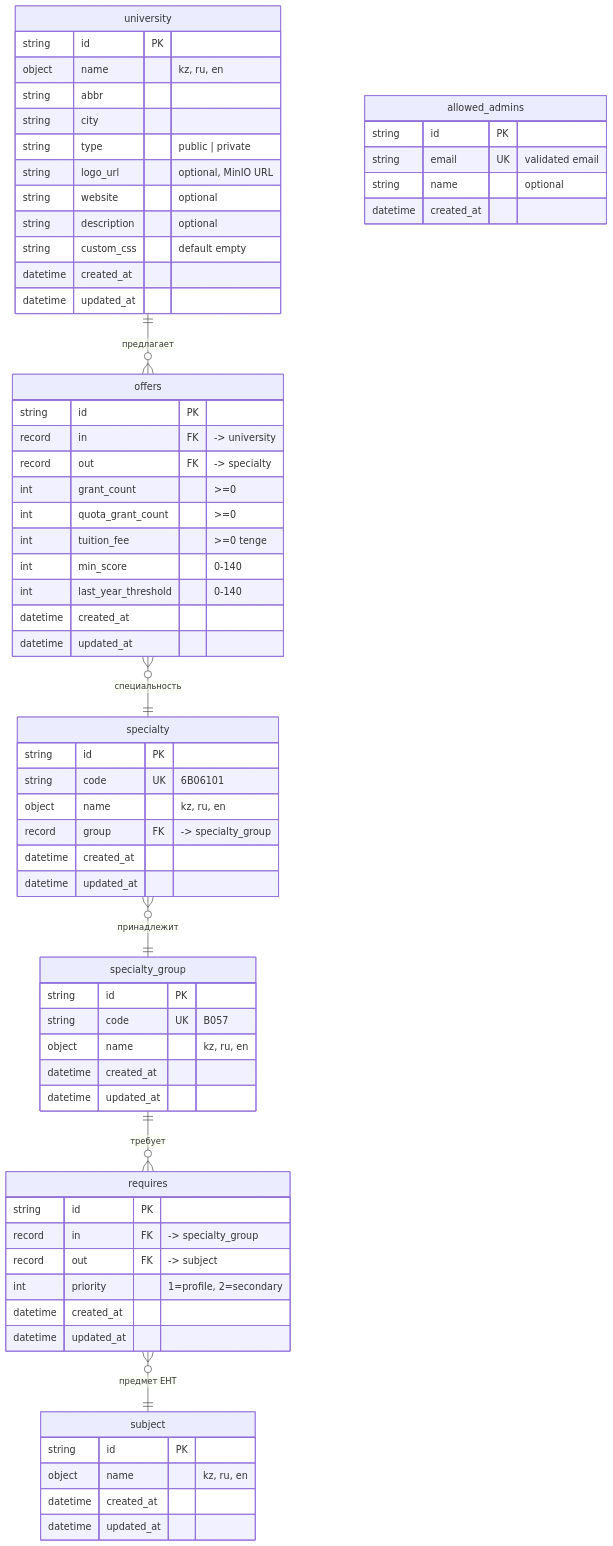
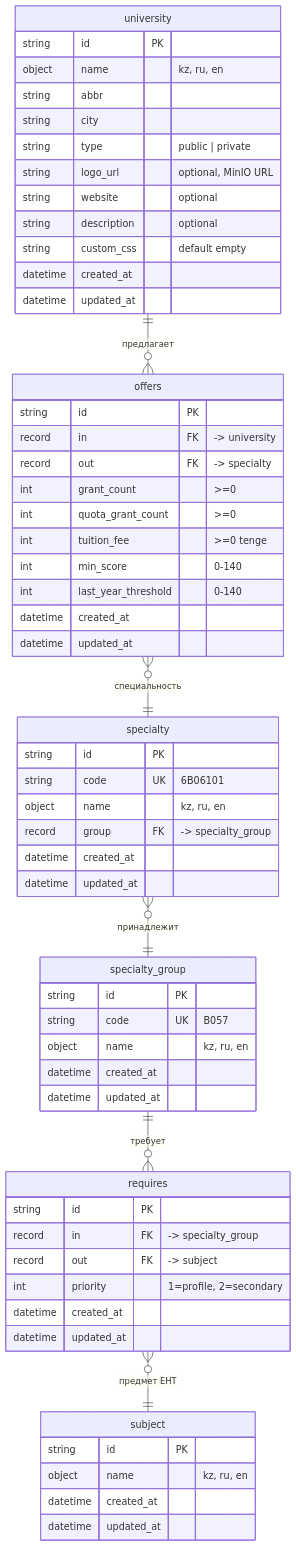
The third of 3 diagrams in docs/system-design/03-data-layer.md (Map130/Universities_KZ), drawn with Mermaid before and after one commit. The commit also changed 4 other files, not shown here.

````diff
--- a/docs/system-design/03-data-layer.md
+++ b/docs/system-design/03-data-layer.md
@@ -444,75 +444,68 @@
 ```mermaid
 erDiagram
     university {
         string id PK
         object name "kz, ru, en"
         string abbr
         string city
         string type "public | private"
         string logo_url "optional, MinIO URL"
         string website "optional"
         string description "optional"
         string custom_css "default empty"
         datetime created_at
         datetime updated_at
     }
 
     specialty {
         string id PK
         string code UK "6B06101"
         object name "kz, ru, en"
         record group FK "-> specialty_group"
         datetime created_at
         datetime updated_at
     }
 
     specialty_group {
         string id PK
         string code UK "B057"
         object name "kz, ru, en"
         datetime created_at
         datetime updated_at
     }
 
     subject {
         string id PK
         object name "kz, ru, en"
         datetime created_at
         datetime updated_at
     }
 
-    allowed_admins {
-        string id PK
-        string email UK "validated email"
-        string name "optional"
-        datetime created_at
-    }
-
     offers {
         string id PK
         record in FK "-> university"
         record out FK "-> specialty"
         int grant_count ">=0"
         int quota_grant_count ">=0"
         int tuition_fee ">=0 tenge"
         int min_score "0-140"
         int last_year_threshold "0-140"
         datetime created_at
         datetime updated_at
     }
 
     requires {
         string id PK
         record in FK "-> specialty_group"
         record out FK "-> subject"
         int priority "1=profile, 2=secondary"
         datetime created_at
         datetime updated_at
     }
 
     university ||--o{ offers : "предлагает"
     offers }o--|| specialty : "специальность"
     specialty }o--|| specialty_group : "принадлежит"
     specialty_group ||--o{ requires : "требует"
     requires }o--|| subject : "предмет ЕНТ"
 ```
````
